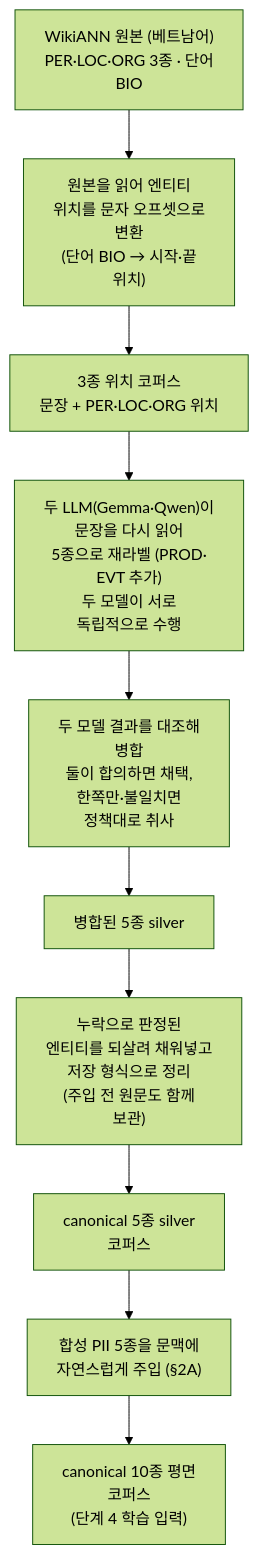
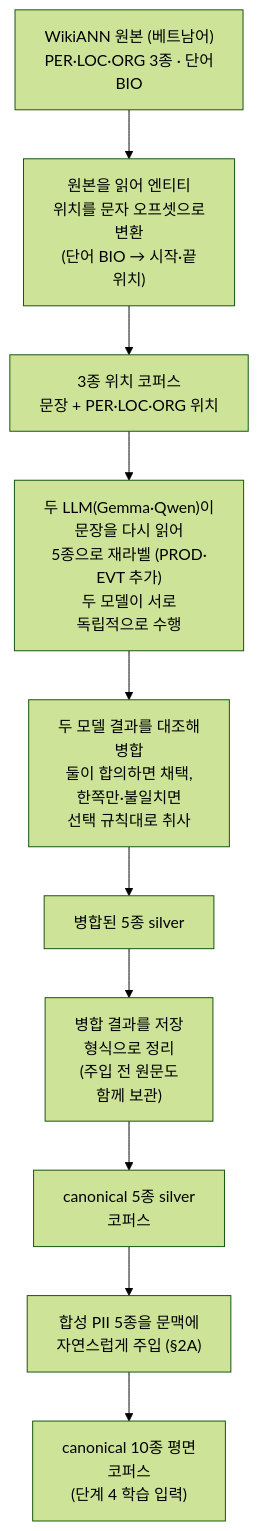
Before and after one commit to groovallstar/ner-pipeline-public: the second of 2 diagrams in docs/manual/pipeline/2-augmentation.md, drawn with Mermaid (forest theme). The commit also changed other lines of this file and 11 other files, not shown here.

````diff
--- a/docs/manual/pipeline/2-augmentation.md
+++ b/docs/manual/pipeline/2-augmentation.md
@@ -283,13 +283,13 @@
 ```mermaid
 flowchart TD
     HF["WikiANN 원본 (베트남어)<br/>PER·LOC·ORG 3종 · 단어<br/>BIO"]
     HF --> LOAD["원본을 읽어 엔티티<br/>위치를 문자 오프셋으로<br/>변환<br/>(단어 BIO → 시작·끝<br/>위치)"]
     LOAD --> G3["3종 위치 코퍼스<br/>문장 + PER·LOC·ORG 위치"]
     G3 --> REL["두 LLM(Gemma·Qwen)이<br/>문장을 다시 읽어<br/>5종으로 재라벨 (PROD·<br/>EVT 추가)<br/>두 모델이 서로<br/>독립적으로 수행"]
-    REL --> MERGE["두 모델 결과를 대조해<br/>병합<br/>둘이 합의하면 채택,<br/>한쪽만·불일치면<br/>정책대로 취사"]
+    REL --> MERGE["두 모델 결과를 대조해<br/>병합<br/>둘이 합의하면 채택,<br/>한쪽만·불일치면<br/>선택 규칙대로 취사"]
     MERGE --> M5["병합된 5종 silver"]
-    M5 --> GAP["누락으로 판정된<br/>엔티티를 되살려 채워넣고<br/>저장 형식으로 정리<br/>(주입 전 원문도 함께<br/>보관)"]
+    M5 --> GAP["병합 결과를 저장<br/>형식으로 정리<br/>(주입 전 원문도<br/>함께 보관)"]
     GAP --> C5["canonical 5종 silver<br/>코퍼스"]
     C5 --> PII["합성 PII 5종을 문맥에<br/>자연스럽게 주입 (§2A)"]
     PII --> C10["canonical 10종 평면<br/>코퍼스<br/>(단계 4 학습 입력)"]
 ```
````
